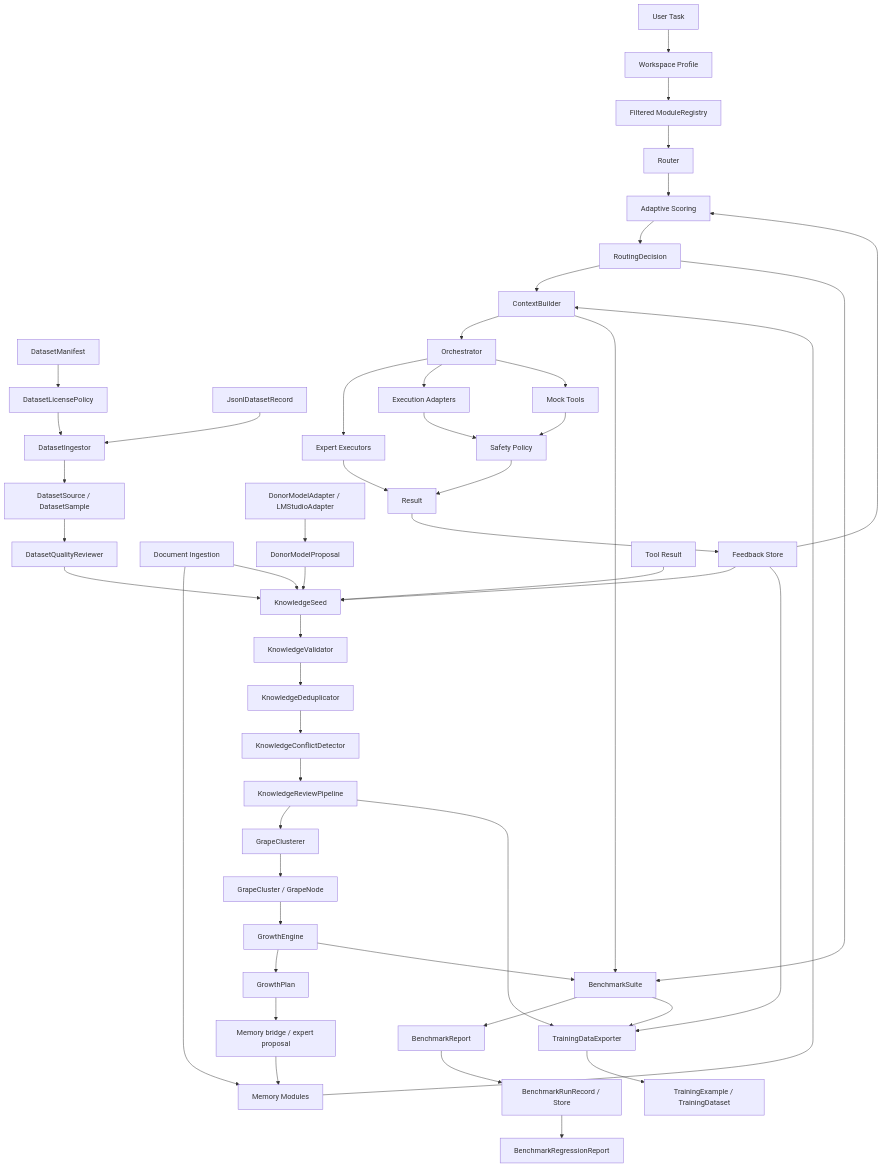
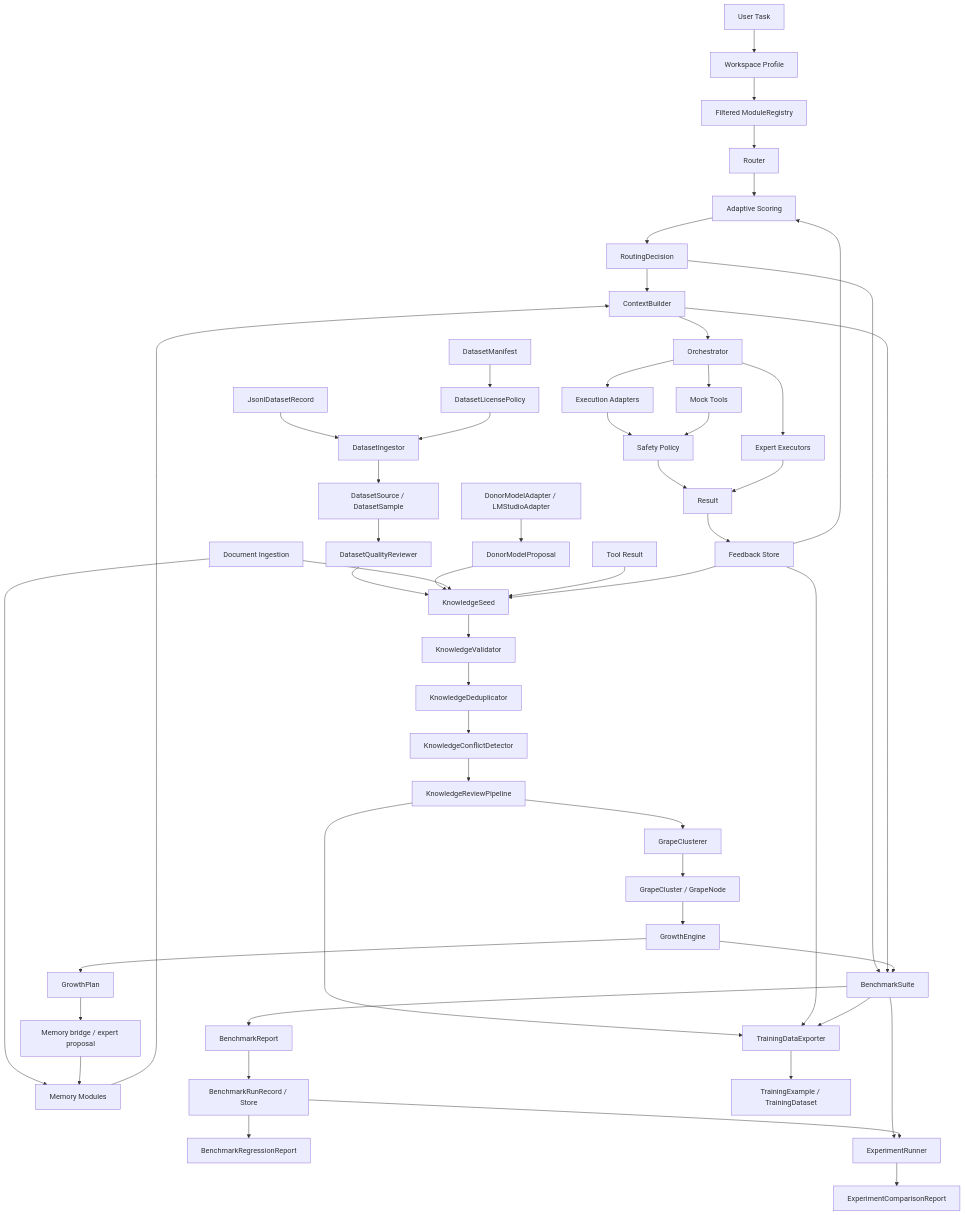
Before and after one commit to Robotyaga/Grona: the diagram in docs/architecture.md, drawn with Mermaid. The commit also changed other lines of this file and 12 other files, not shown here.

First line of the commit message:
Add experiment runner and Grona-vs-monolith comparison harness

````diff
--- a/docs/architecture.md
+++ b/docs/architecture.md
@@ -21,52 +21,55 @@
 ```mermaid
 flowchart TD
     A[User Task] --> B[Workspace Profile]
     B --> C[Filtered ModuleRegistry]
     C --> D[Router]
     F[Feedback Store] --> E[Adaptive Scoring]
     D --> E
     E --> G[RoutingDecision]
     H[Memory Modules] --> I[ContextBuilder]
     J[Document Ingestion] --> H
     MF[DatasetManifest] --> LP[DatasetLicensePolicy]
     JL[JsonlDatasetRecord] --> DI[DatasetIngestor]
     LP --> DI
     DI --> DS[DatasetSource / DatasetSample]
     DS --> DR[DatasetQualityReviewer]
     DR --> Q[KnowledgeSeed]
     DM[DonorModelAdapter / LMStudioAdapter] --> DP[DonorModelProposal]
     DP --> Q
     J --> Q
     R[Tool Result] --> Q
     F --> Q
     Q --> S[KnowledgeValidator]
     S --> U[KnowledgeDeduplicator]
     U --> V[KnowledgeConflictDetector]
     V --> W[KnowledgeReviewPipeline]
     W --> X[GrapeClusterer]
     X --> Y[GrapeCluster / GrapeNode]
     Y --> Z[GrowthEngine]
     Z --> AA[GrowthPlan]
     AA --> AB[Memory bridge / expert proposal]
     AB --> H
     G --> I
     I --> K[Orchestrator]
     K --> L[Expert Executors]
     K --> M[Execution Adapters]
     K --> N[Mock Tools]
     M --> O[Safety Policy]
     N --> O
     O --> P[Result]
     L --> P
     P --> F
     G --> BS[BenchmarkSuite]
     I --> BS
     Z --> BS
     BS --> BR[BenchmarkReport]
     BR --> BRS[BenchmarkRunRecord / Store]
     BRS --> REG[BenchmarkRegressionReport]
+    BS --> ER[ExperimentRunner]
+    BRS --> ER
+    ER --> EC[ExperimentComparisonReport]
     W --> TD[TrainingDataExporter]
     F --> TD
     BS --> TD
     TD --> TE[TrainingExample / TrainingDataset]
 ```
````
